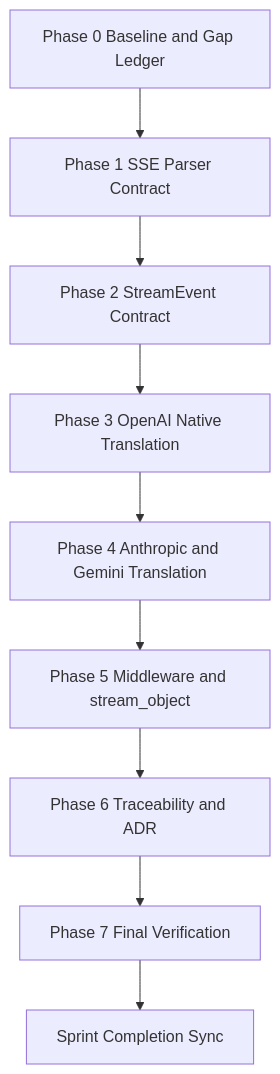
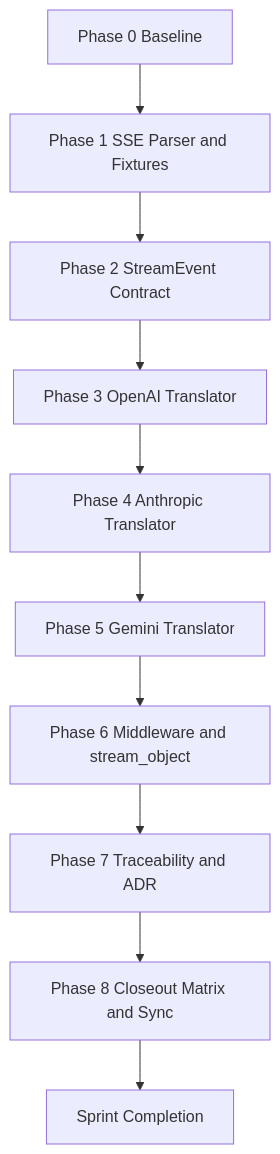
Before and after one commit to jaytaylor/attractor-tcl: the third of 5 diagrams in docs/sprints/SPRINT-005-comprehensive-implementation-plan.md, drawn with Mermaid. The commit also changed other lines of this file, not shown here.

Commit message:
docs: refresh sprint 005 comprehensive implementation plan structure

````diff
--- a/docs/sprints/SPRINT-005-comprehensive-implementation-plan.md
+++ b/docs/sprints/SPRINT-005-comprehensive-implementation-plan.md
@@ -1682,11 +665,12 @@
 ```mermaid
 flowchart TD
-  A[Phase 0 Baseline and Gap Ledger] --> B[Phase 1 SSE Parser Contract]
+  A[Phase 0 Baseline] --> B[Phase 1 SSE Parser and Fixtures]
   B --> C[Phase 2 StreamEvent Contract]
-  C --> D[Phase 3 OpenAI Native Translation]
-  D --> E[Phase 4 Anthropic and Gemini Translation]
-  E --> F[Phase 5 Middleware and stream_object]
-  F --> G[Phase 6 Traceability and ADR]
-  G --> H[Phase 7 Final Verification]
-  H --> I[Sprint Completion Sync]
+  C --> D[Phase 3 OpenAI Translator]
+  D --> E[Phase 4 Anthropic Translator]
+  E --> F[Phase 5 Gemini Translator]
+  F --> G[Phase 6 Middleware and stream_object]
+  G --> H[Phase 7 Traceability and ADR]
+  H --> I[Phase 8 Closeout Matrix and Sync]
+  I --> J[Sprint Completion]
 ```
````
